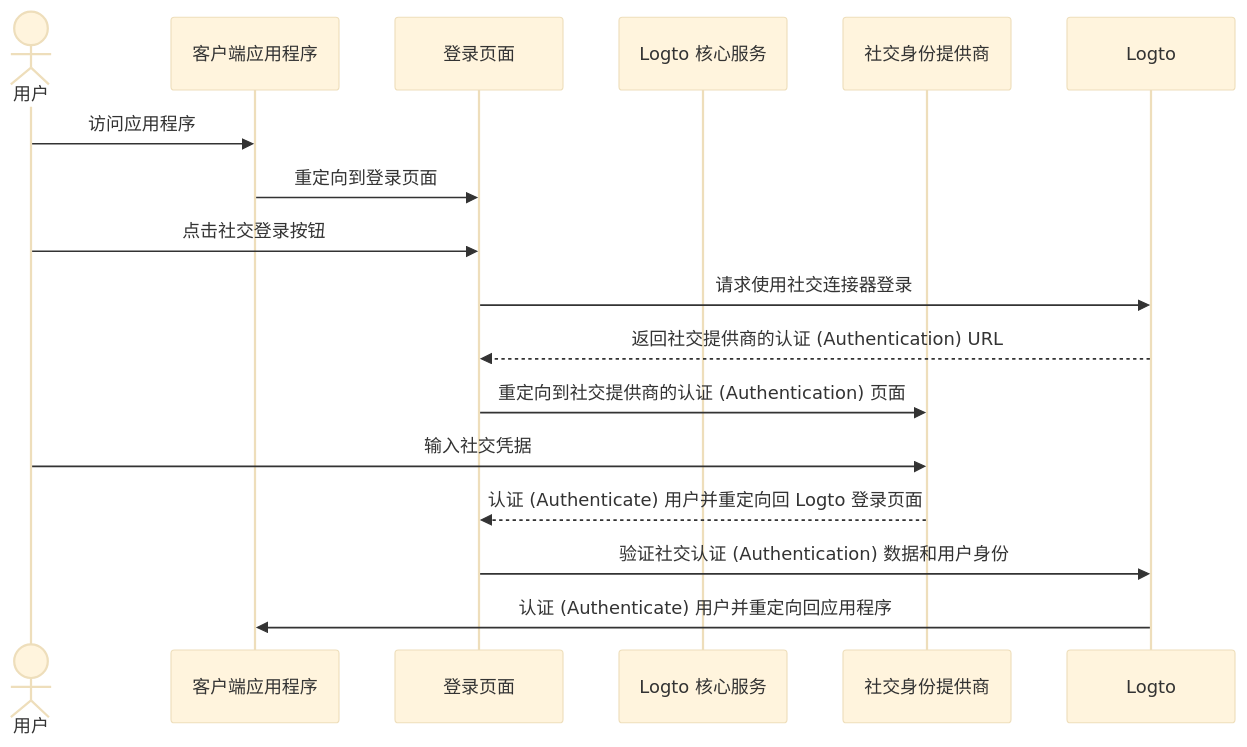
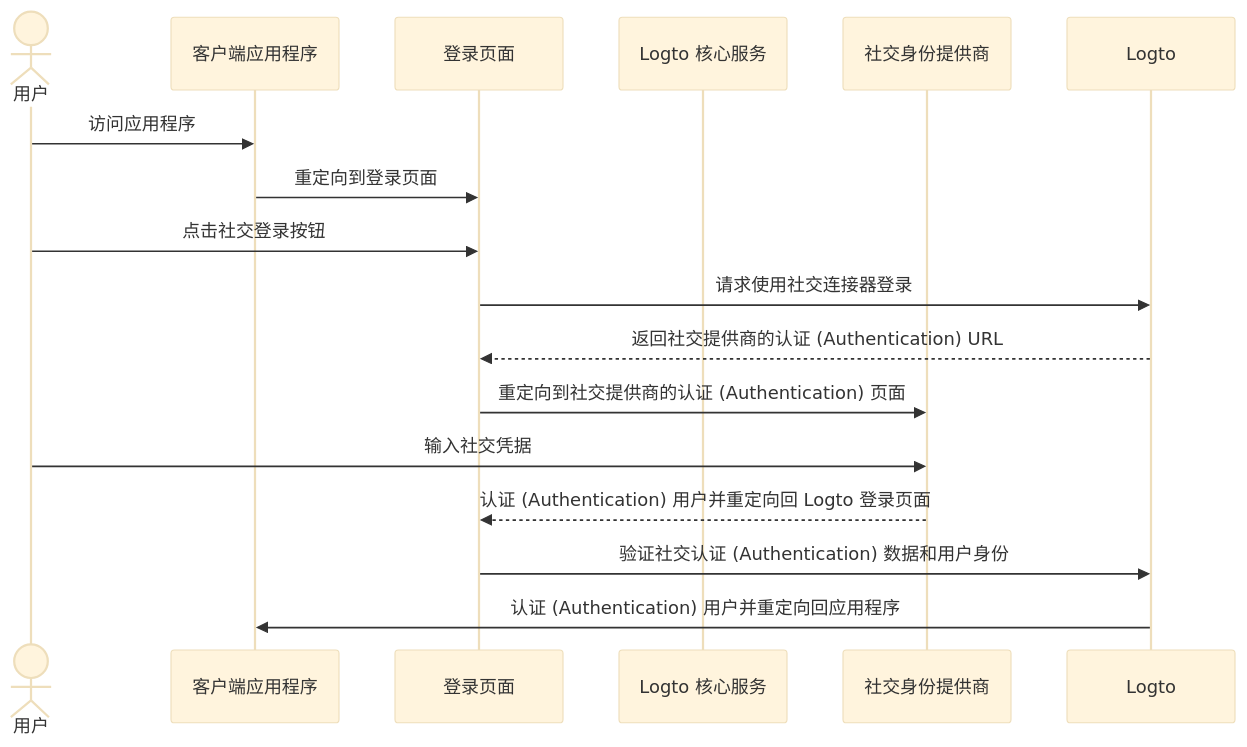
One commit to logto-io/docs changed the first of 5 diagrams in i18n/zh-CN/docusaurus-plugin-content-docs/current/end-user-flows/sign-up-and-sign-in/social-sign-in.mdx. Above: the diagram before and after it, drawn with Mermaid (base theme). The commit also changed other lines of this file and 428 other files, not shown here.

````diff
--- a/i18n/zh-CN/docusaurus-plugin-content-docs/current/end-user-flows/sign-up-and-sign-in/social-sign-in.mdx
+++ b/i18n/zh-CN/docusaurus-plugin-content-docs/current/end-user-flows/sign-up-and-sign-in/social-sign-in.mdx
@@ -35,19 +36,19 @@
 ```mermaid
 sequenceDiagram
     actor user as 用户
     participant app as 客户端应用程序
     participant experience as 登录页面
-    participant logto as  Logto 核心服务
+    participant logto as Logto 核心服务
     participant social as 社交身份提供商
 
     user->>app: 访问应用程序
     app->>experience: 重定向到登录页面
     user->>experience: 点击社交登录按钮
     experience->>Logto: 请求使用社交连接器登录
     Logto-->>experience: 返回社交提供商的认证 (Authentication) URL
     experience->>social: 重定向到社交提供商的认证 (Authentication) 页面
     user->>social: 输入社交凭据
-    social-->>experience: 认证 (Authenticate) 用户并重定向回 Logto 登录页面
+    social-->>experience: 认证 (Authentication) 用户并重定向回 Logto 登录页面
     experience->>Logto: 验证社交认证 (Authentication) 数据和用户身份
-    Logto->>app: 认证 (Authenticate) 用户并重定向回应用程序
+    Logto->>app: 认证 (Authentication) 用户并重定向回应用程序
 ```
````
